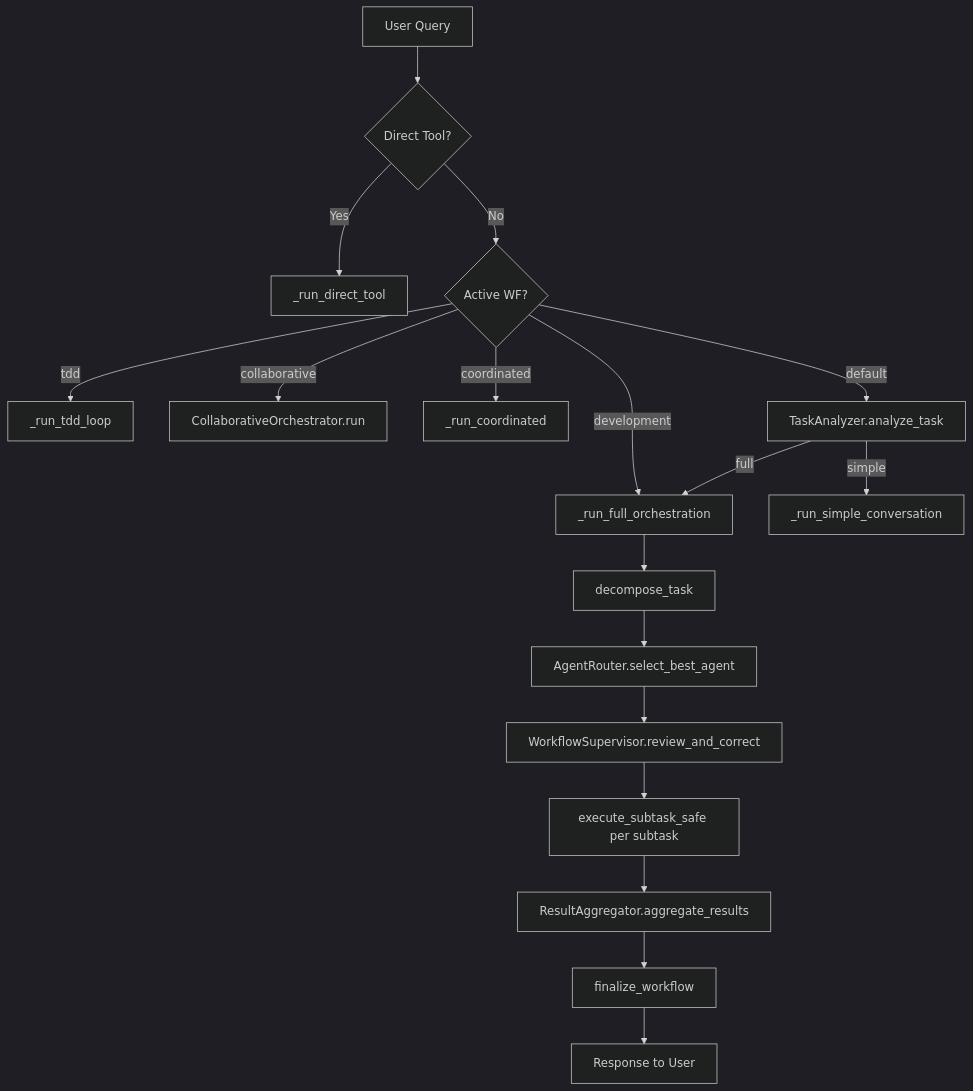
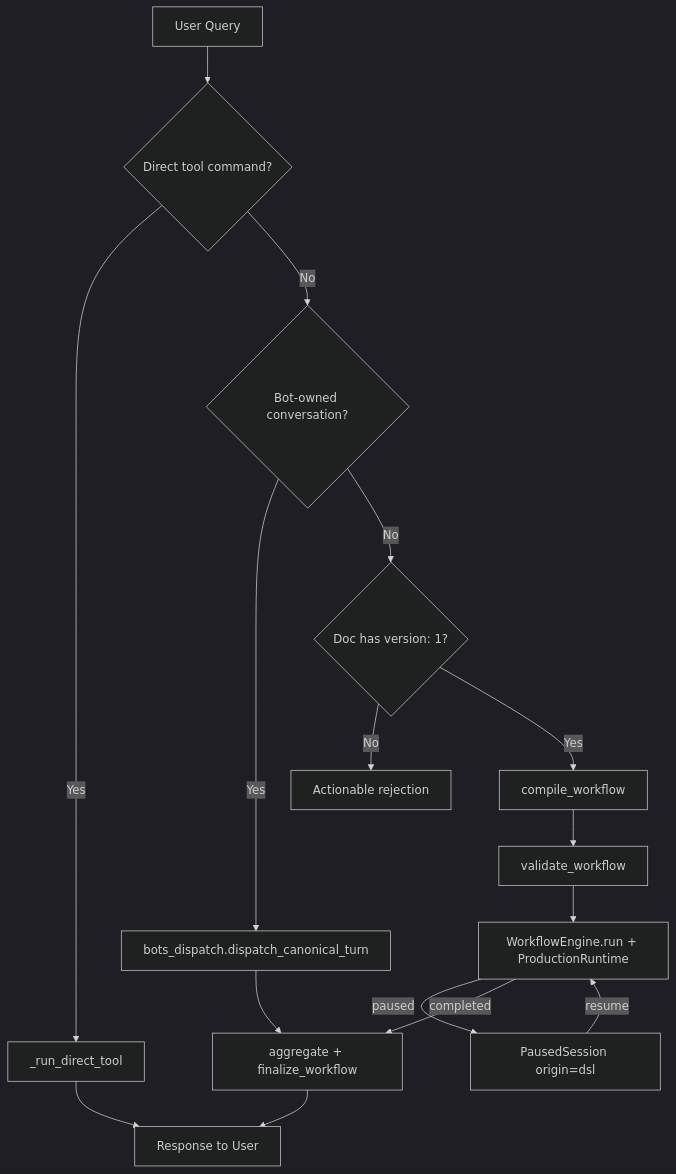
Before and after one commit to Morphilab/morphix: the diagram in docs/architecture/layers/orchestration-layer.md, drawn with Mermaid (dark theme). The commit also changed other lines of this file and 44 other files, not shown here.

````diff
--- a/docs/architecture/layers/orchestration-layer.md
+++ b/docs/architecture/layers/orchestration-layer.md
@@ -362,20 +245,18 @@
 ```mermaid
 graph TD
-    A[User Query] --> B{Direct Tool?}
+    A[User Query] --> B{Direct tool command?}
     B -->|Yes| C[_run_direct_tool]
-    B -->|No| D{Active WF?}
-    D -->|tdd| E[_run_tdd_loop]
-    D -->|collaborative| F[CollaborativeOrchestrator.run]
-    D -->|coordinated| G[_run_coordinated]
-    D -->|development| H[_run_full_orchestration]
-    D -->|default| I[TaskAnalyzer.analyze_task]
-    I -->|simple| J[_run_simple_conversation]
-    I -->|full| H
-    H --> K[decompose_task]
-    K --> L[AgentRouter.select_best_agent]
-    L --> M[WorkflowSupervisor.review_and_correct]
-    M --> N[execute_subtask_safe per subtask]
-    N --> O[ResultAggregator.aggregate_results]
-    O --> P[finalize_workflow]
-    P --> Q[Response to User]
+    B -->|No| D{Bot-owned conversation?}
+    D -->|Yes| E[bots_dispatch.dispatch_canonical_turn]
+    D -->|No| F{Doc has version: 1?}
+    F -->|No| X[Actionable rejection]
+    F -->|Yes| G[compile_workflow]
+    G --> H[validate_workflow]
+    H --> I[WorkflowEngine.run + ProductionRuntime]
+    I -->|paused| J[PausedSession origin=dsl]
+    I -->|completed| K[aggregate + finalize_workflow]
+    J -->|resume| I
+    E --> K
+    C --> L[Response to User]
+    K --> L
 ```
````
